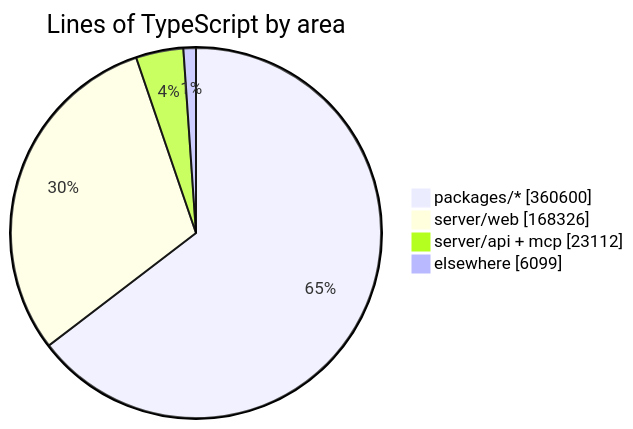
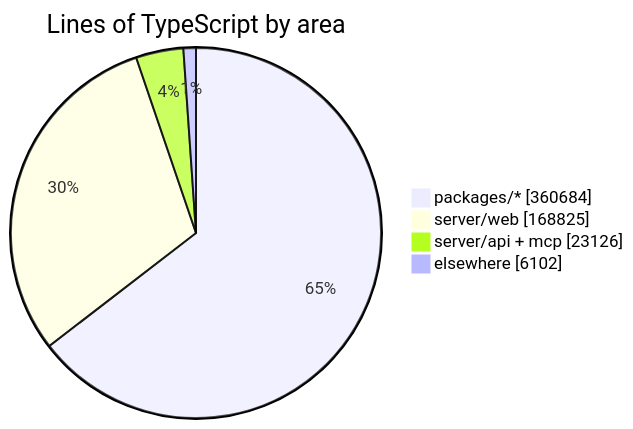
One commit to crossworks-engineering/mantle changed the diagram in README.md. Above: the diagram before and after it, drawn with Mermaid. The commit also changed other lines of this file and 2 other files, not shown here.

````diff
--- a/README.md
+++ b/README.md
@@ -294,7 +294,7 @@
 ```mermaid
 pie showData title Lines of TypeScript by area
-    "packages/*" : 360600
-    "server/web" : 168326
-    "server/api + mcp" : 23112
-    "elsewhere" : 6099
+    "packages/*" : 360684
+    "server/web" : 168825
+    "server/api + mcp" : 23126
+    "elsewhere" : 6102
 ```
````
